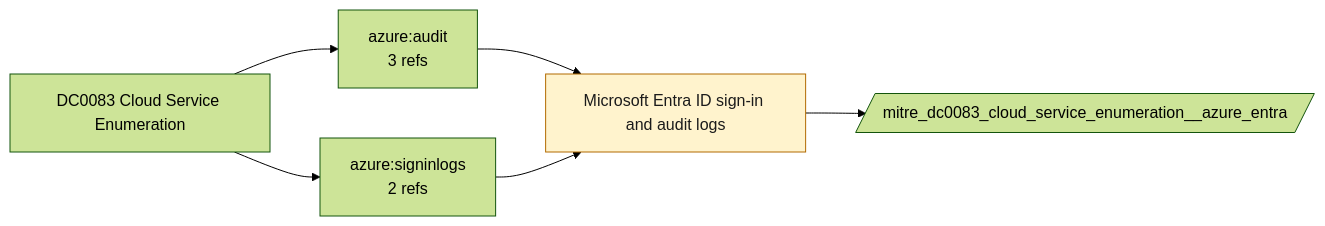
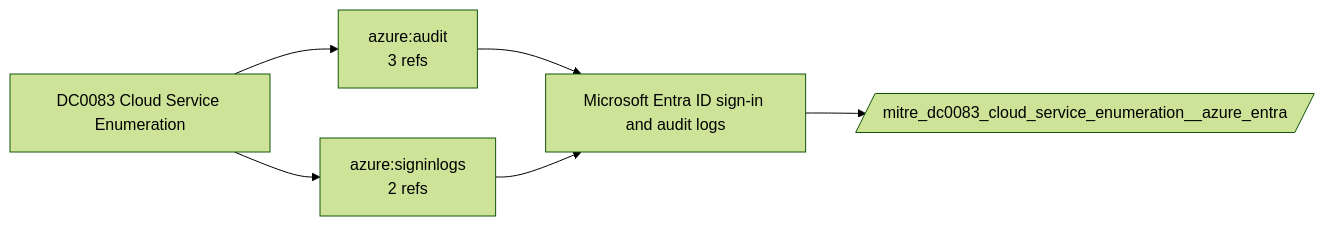
Before and after one commit to dev-nobytes-io/mitre-defensive-mappings-spl: the diagram in docs/data-components/DC0083-cloud-service-enumeration.md, drawn with Mermaid (forest theme). The commit also changed other lines of this file and 366 other files, not shown here.

````diff
--- a/docs/data-components/DC0083-cloud-service-enumeration.md
+++ b/docs/data-components/DC0083-cloud-service-enumeration.md
@@ -19,13 +19,10 @@
 ```mermaid
 flowchart LR
   DC["DC0083 Cloud Service Enumeration"]
   DC --> LS0["azure:audit<br/>3 refs"]
   F_azure_entra["Microsoft Entra ID sign-in and audit logs"]
   LS0 --> F_azure_entra
   DC --> LS1["azure:signinlogs<br/>2 refs"]
   LS1 --> F_azure_entra
   F_azure_entra --> ET_azure_entra[/"mitre_dc0083_cloud_service_enumeration__azure_entra"/]
-  class F_azure_entra ready
-  classDef live fill:#d4edda,stroke:#2e7d32,color:#1b1b1b
-  classDef ready fill:#fff3cd,stroke:#b26a00,color:#1b1b1b
 ```
````
